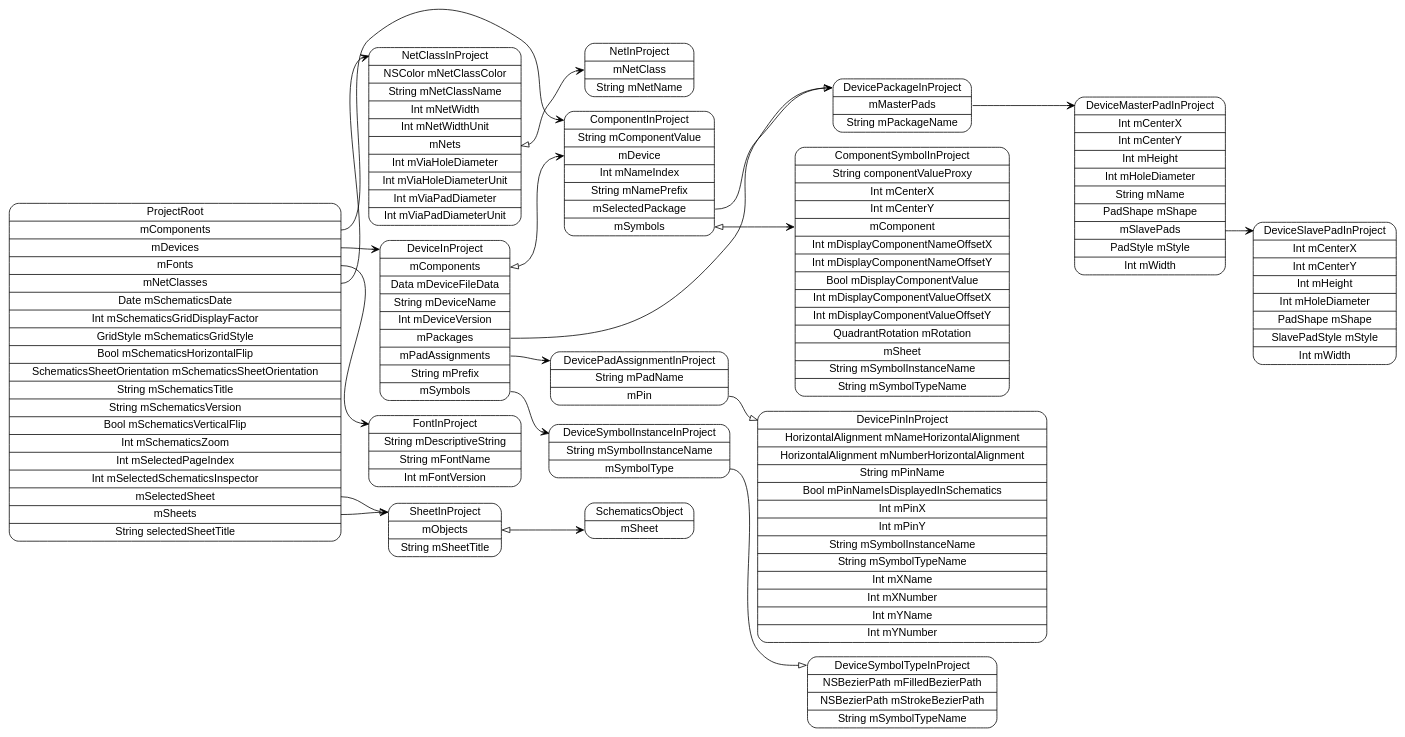
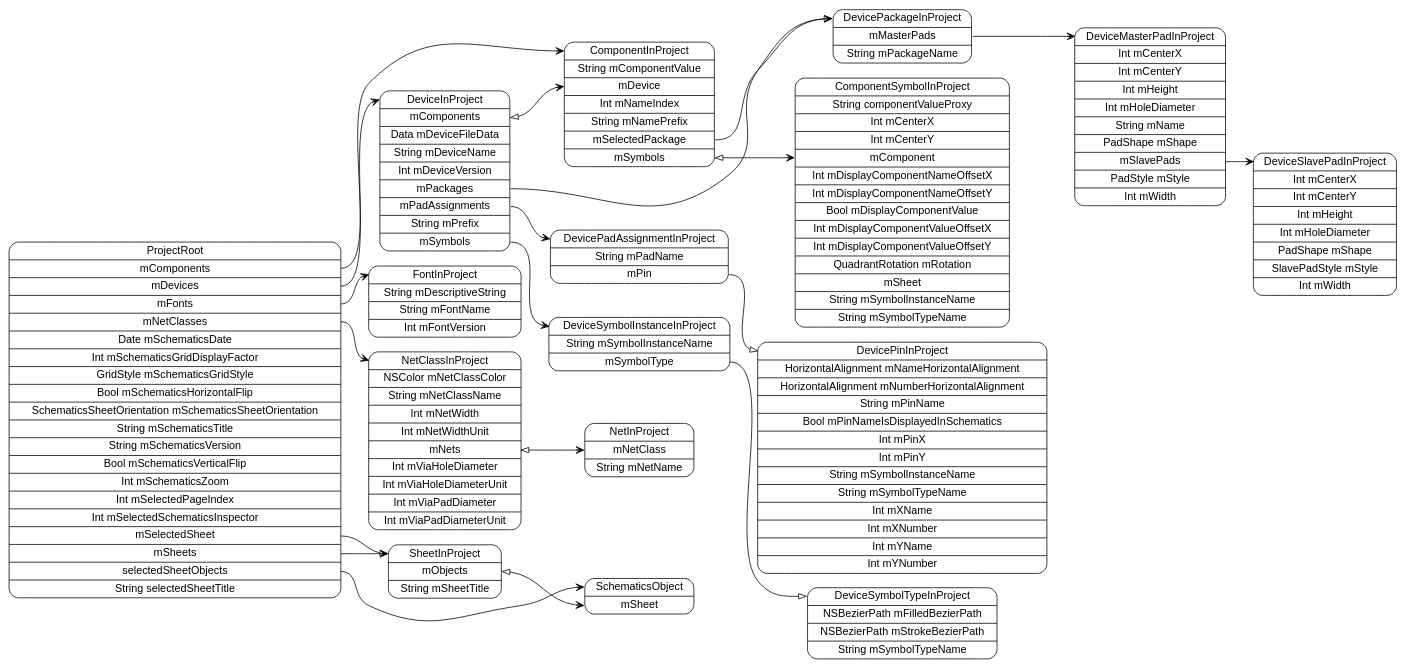
The diagram in models/ProjectRoot.dot (pierremolinaro/ElCanari-dev), drawn with Graphviz before and after one commit. The commit also changed 24 other files, not shown here.

Commit message:
Proxy toMany for objects of selected sheets

```diff
--- a/models/ProjectRoot.dot
+++ b/models/ProjectRoot.dot
@@ -1,38 +1,39 @@
 digraph G {
   rankdir=LR ;
   node [shape=record fontname=helvetica style=rounded] ;
-  ProjectRoot[label="<ProjectRoot>ProjectRoot|<mComponents>mComponents|<mDevices>mDevices|<mFonts>mFonts|<mNetClasses>mNetClasses|Date mSchematicsDate|Int mSchematicsGridDisplayFactor|GridStyle mSchematicsGridStyle|Bool mSchematicsHorizontalFlip|SchematicsSheetOrientation mSchematicsSheetOrientation|String mSchematicsTitle|String mSchematicsVersion|Bool mSchematicsVerticalFlip|Int mSchematicsZoom|Int mSelectedPageIndex|Int mSelectedSchematicsInspector|<mSelectedSheet>mSelectedSheet|<mSheets>mSheets|String selectedSheetTitle"] ;
+  ProjectRoot[label="<ProjectRoot>ProjectRoot|<mComponents>mComponents|<mDevices>mDevices|<mFonts>mFonts|<mNetClasses>mNetClasses|Date mSchematicsDate|Int mSchematicsGridDisplayFactor|GridStyle mSchematicsGridStyle|Bool mSchematicsHorizontalFlip|SchematicsSheetOrientation mSchematicsSheetOrientation|String mSchematicsTitle|String mSchematicsVersion|Bool mSchematicsVerticalFlip|Int mSchematicsZoom|Int mSelectedPageIndex|Int mSelectedSchematicsInspector|<mSelectedSheet>mSelectedSheet|<mSheets>mSheets|<selectedSheetObjects>selectedSheetObjects|String selectedSheetTitle"] ;
+  SchematicsObject[label="<SchematicsObject>SchematicsObject|<mSheet>mSheet"] ;
   SheetInProject[label="<SheetInProject>SheetInProject|<mObjects>mObjects|String mSheetTitle"] ;
-  SchematicsObject[label="<SchematicsObject>SchematicsObject|<mSheet>mSheet"] ;
   NetClassInProject[label="<NetClassInProject>NetClassInProject|NSColor mNetClassColor|String mNetClassName|Int mNetWidth|Int mNetWidthUnit|<mNets>mNets|Int mViaHoleDiameter|Int mViaHoleDiameterUnit|Int mViaPadDiameter|Int mViaPadDiameterUnit"] ;
   NetInProject[label="<NetInProject>NetInProject|<mNetClass>mNetClass|String mNetName"] ;
   FontInProject[label="<FontInProject>FontInProject|String mDescriptiveString|String mFontName|Int mFontVersion"] ;
   DeviceInProject[label="<DeviceInProject>DeviceInProject|<mComponents>mComponents|Data mDeviceFileData|String mDeviceName|Int mDeviceVersion|<mPackages>mPackages|<mPadAssignments>mPadAssignments|String mPrefix|<mSymbols>mSymbols"] ;
   DeviceSymbolInstanceInProject[label="<DeviceSymbolInstanceInProject>DeviceSymbolInstanceInProject|String mSymbolInstanceName|<mSymbolType>mSymbolType"] ;
   DeviceSymbolTypeInProject[label="<DeviceSymbolTypeInProject>DeviceSymbolTypeInProject|NSBezierPath mFilledBezierPath|NSBezierPath mStrokeBezierPath|String mSymbolTypeName"] ;
   DevicePadAssignmentInProject[label="<DevicePadAssignmentInProject>DevicePadAssignmentInProject|String mPadName|<mPin>mPin"] ;
   DevicePinInProject[label="<DevicePinInProject>DevicePinInProject|HorizontalAlignment mNameHorizontalAlignment|HorizontalAlignment mNumberHorizontalAlignment|String mPinName|Bool mPinNameIsDisplayedInSchematics|Int mPinX|Int mPinY|String mSymbolInstanceName|String mSymbolTypeName|Int mXName|Int mXNumber|Int mYName|Int mYNumber"] ;
   DevicePackageInProject[label="<DevicePackageInProject>DevicePackageInProject|<mMasterPads>mMasterPads|String mPackageName"] ;
   DeviceMasterPadInProject[label="<DeviceMasterPadInProject>DeviceMasterPadInProject|Int mCenterX|Int mCenterY|Int mHeight|Int mHoleDiameter|String mName|PadShape mShape|<mSlavePads>mSlavePads|PadStyle mStyle|Int mWidth"] ;
   DeviceSlavePadInProject[label="<DeviceSlavePadInProject>DeviceSlavePadInProject|Int mCenterX|Int mCenterY|Int mHeight|Int mHoleDiameter|PadShape mShape|SlavePadStyle mStyle|Int mWidth"] ;
   ComponentInProject[label="<ComponentInProject>ComponentInProject|String mComponentValue|<mDevice>mDevice|Int mNameIndex|String mNamePrefix|<mSelectedPackage>mSelectedPackage|<mSymbols>mSymbols"] ;
   ComponentSymbolInProject[label="<ComponentSymbolInProject>ComponentSymbolInProject|String componentValueProxy|Int mCenterX|Int mCenterY|<mComponent>mComponent|Int mDisplayComponentNameOffsetX|Int mDisplayComponentNameOffsetY|Bool mDisplayComponentValue|Int mDisplayComponentValueOffsetX|Int mDisplayComponentValueOffsetY|QuadrantRotation mRotation|<mSheet>mSheet|String mSymbolInstanceName|String mSymbolTypeName"] ;
   ProjectRoot:mComponents -> ComponentInProject:ComponentInProject [dir=both arrowtail=none arrowhead=vee] ;
   ProjectRoot:mDevices -> DeviceInProject:DeviceInProject [dir=both arrowtail=none arrowhead=vee] ;
   ProjectRoot:mFonts -> FontInProject:FontInProject [dir=both arrowtail=none arrowhead=vee] ;
   ProjectRoot:mNetClasses -> NetClassInProject:NetClassInProject [dir=both arrowtail=none arrowhead=vee] ;
   ProjectRoot:mSelectedSheet -> SheetInProject:SheetInProject [dir=both arrowtail=none arrowhead=onormal] ;
   ProjectRoot:mSheets -> SheetInProject:SheetInProject [dir=both arrowtail=none arrowhead=vee] ;
+  ProjectRoot:selectedSheetObjects -> SchematicsObject:SchematicsObject [dir=both arrowtail=none arrowhead=vee] ;
   SheetInProject:mObjects -> SchematicsObject:mSheet [dir=both arrowtail=onormal arrowhead=vee] ;
   NetClassInProject:mNets -> NetInProject:mNetClass [dir=both arrowtail=onormal arrowhead=vee] ;
   DeviceInProject:mComponents -> ComponentInProject:mDevice [dir=both arrowtail=onormal arrowhead=vee] ;
   DeviceInProject:mPackages -> DevicePackageInProject:DevicePackageInProject [dir=both arrowtail=none arrowhead=vee] ;
   DeviceInProject:mPadAssignments -> DevicePadAssignmentInProject:DevicePadAssignmentInProject [dir=both arrowtail=none arrowhead=vee] ;
   DeviceInProject:mSymbols -> DeviceSymbolInstanceInProject:DeviceSymbolInstanceInProject [dir=both arrowtail=none arrowhead=vee] ;
   DeviceSymbolInstanceInProject:mSymbolType -> DeviceSymbolTypeInProject:DeviceSymbolTypeInProject [dir=both arrowtail=none arrowhead=onormal] ;
   DevicePadAssignmentInProject:mPin -> DevicePinInProject:DevicePinInProject [dir=both arrowtail=none arrowhead=onormal] ;
   DevicePackageInProject:mMasterPads -> DeviceMasterPadInProject:DeviceMasterPadInProject [dir=both arrowtail=none arrowhead=vee] ;
   DeviceMasterPadInProject:mSlavePads -> DeviceSlavePadInProject:DeviceSlavePadInProject [dir=both arrowtail=none arrowhead=vee] ;
   ComponentInProject:mSelectedPackage -> DevicePackageInProject:DevicePackageInProject [dir=both arrowtail=none arrowhead=onormal] ;
   ComponentInProject:mSymbols -> ComponentSymbolInProject:mComponent [dir=both arrowtail=onormal arrowhead=vee] ;
 }
```
